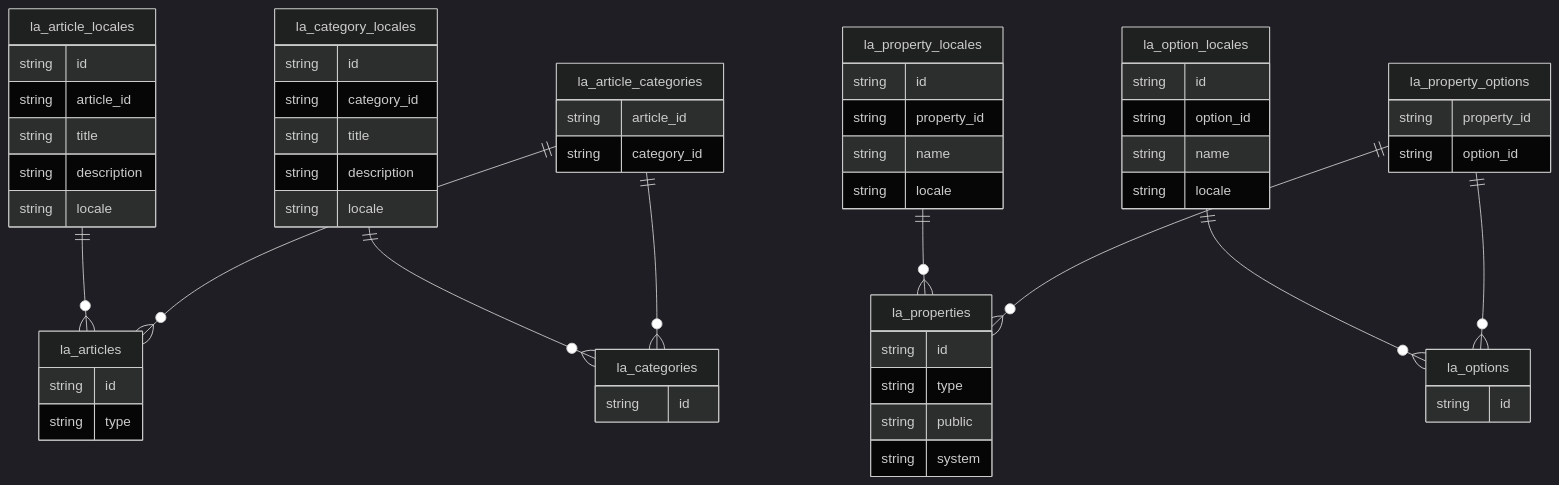
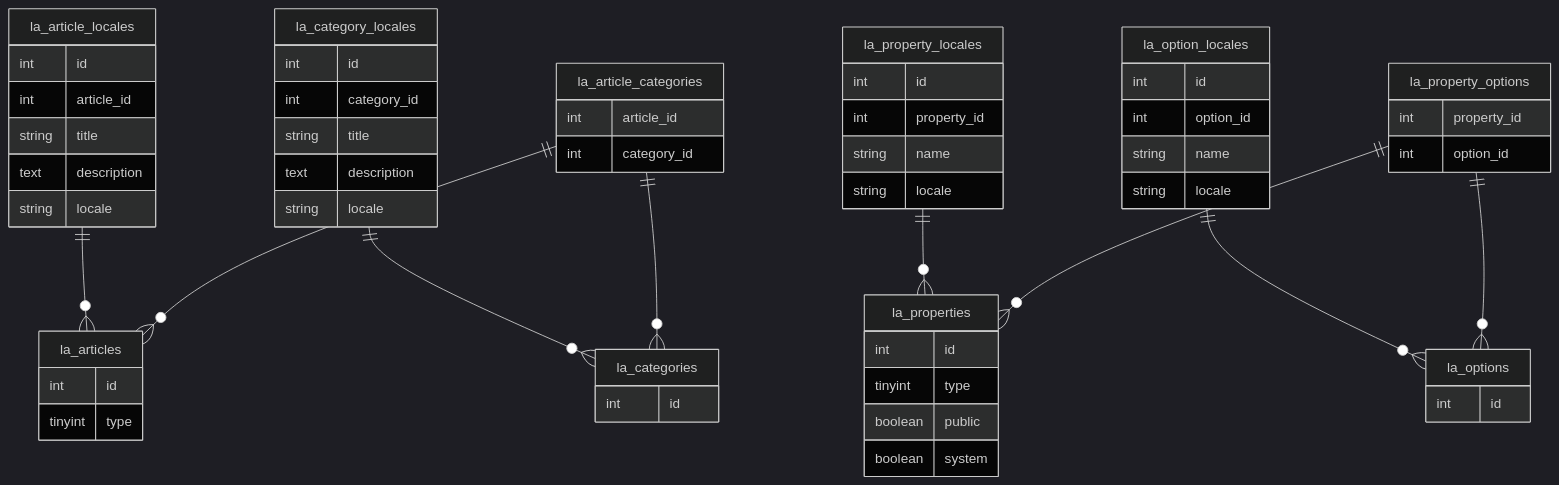
One commit to grey-dev-0/oaters changed the diagram in docs/database/article-diagram.md. Above: the diagram before and after it, drawn with Mermaid (dark theme). The commit also changed 11 other files, not shown here.

````diff
--- a/docs/database/article-diagram.md
+++ b/docs/database/article-diagram.md
@@ -3,62 +3,62 @@
 ```mermaid
 erDiagram
     la_articles {
-        string id
-        string type
+        int id
+        tinyint type
     }
     la_article_locales {
-        string id
-        string article_id
+        int id
+        int article_id
         string title
-        string description
+        text description
         string locale
     }
     la_categories {
-        string id
+        int id
     }
     la_category_locales {
-        string id
-        string category_id
+        int id
+        int category_id
         string title
-        string description
+        text description
         string locale
     }
     la_article_categories {
-        string article_id
-        string category_id
+        int article_id
+        int category_id
     }
     la_properties {
-        string id
-        string type
-        string public
-        string system
+        int id
+        tinyint type
+        boolean public
+        boolean system
     }
     la_property_locales {
-        string id
-        string property_id
+        int id
+        int property_id
         string name
         string locale
     }
     la_options {
-        string id
+        int id
     }
     la_option_locales {
-        string id
-        string option_id
+        int id
+        int option_id
         string name
         string locale
     }
     la_property_options {
-        string property_id
-        string option_id
+        int property_id
+        int option_id
     }
     la_article_locales ||--o{ la_articles : ""
     la_category_locales ||--o{ la_categories : ""
     la_article_categories ||--o{ la_articles : ""
     la_article_categories ||--o{ la_categories : ""
     la_property_locales ||--o{ la_properties : ""
     la_option_locales ||--o{ la_options : ""
     la_property_options ||--o{ la_properties : ""
     la_property_options ||--o{ la_options : ""
 
 ```
````
